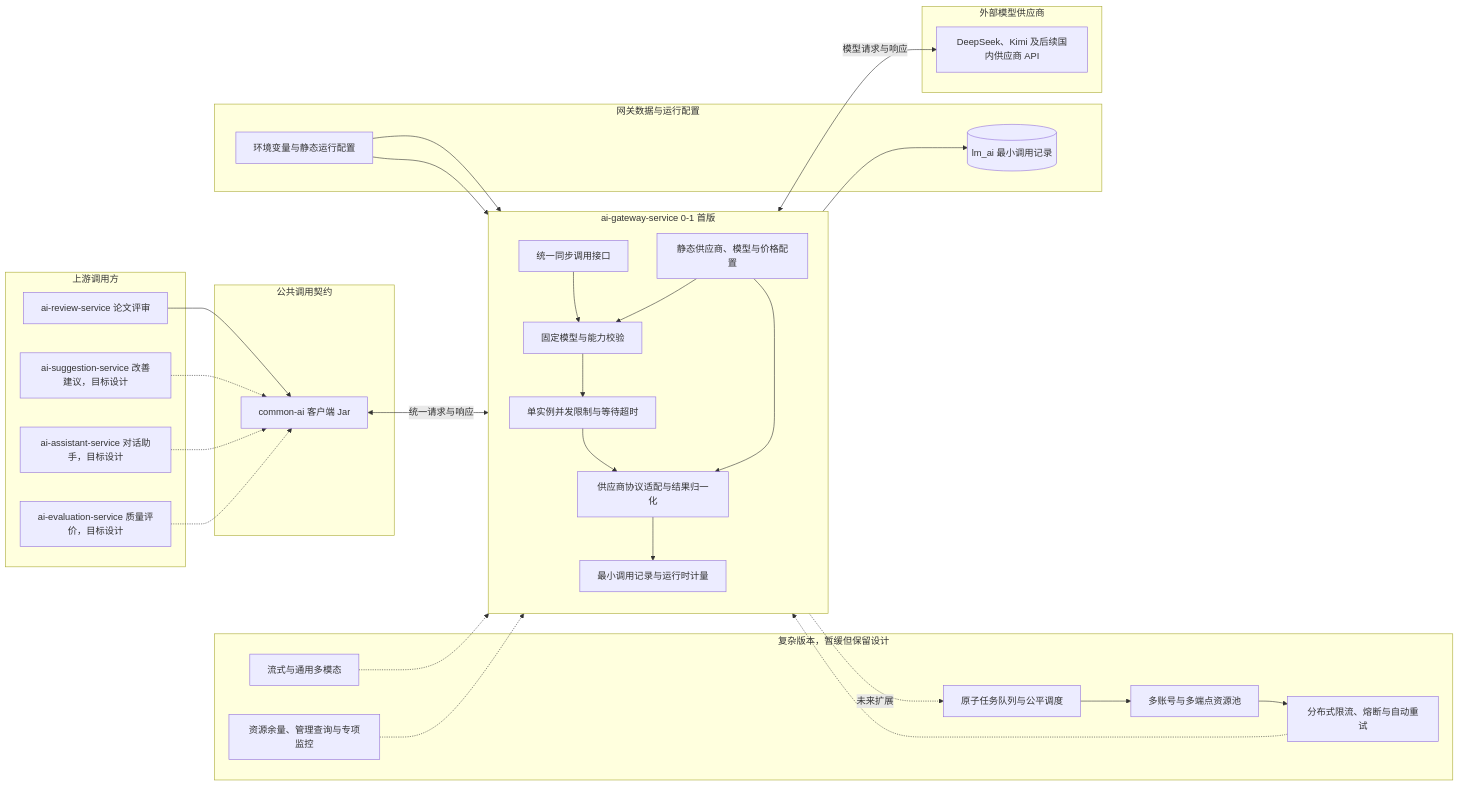
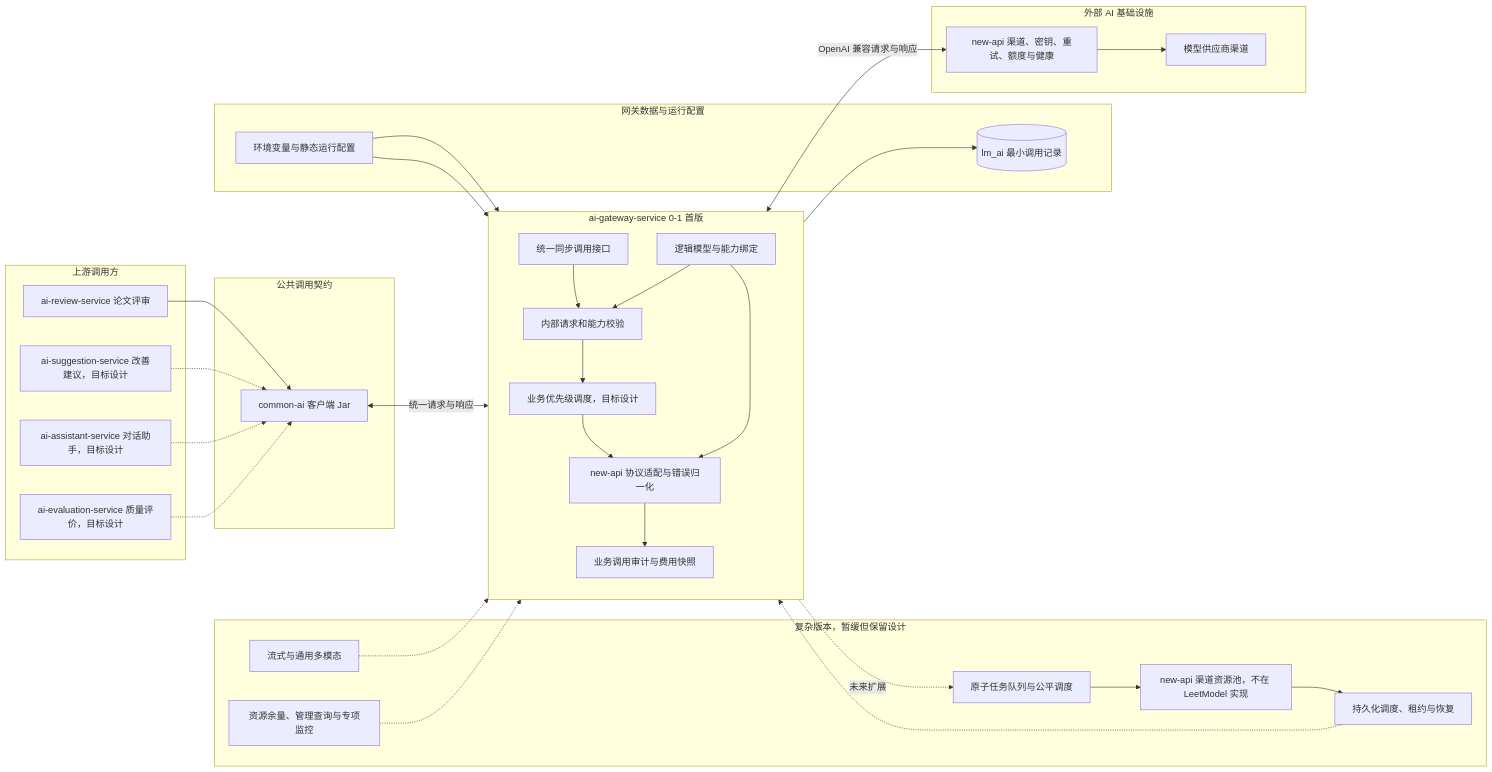
One commit to Dorian7Alden/LeetModel changed the diagram in docs/project/03-微服务设计/ai-gateway-service/README.md. Above: the diagram before and after it, drawn with Mermaid. The commit also changed other lines of this file and 18 other files, not shown here.

````diff
--- a/docs/project/03-微服务设计/ai-gateway-service/README.md
+++ b/docs/project/03-微服务设计/ai-gateway-service/README.md
@@ -19,65 +19,67 @@
 ```mermaid
 flowchart LR
     subgraph callers["上游调用方"]
         reviewService["ai-review-service 论文评审"]
         suggestionService["ai-suggestion-service 改善建议，目标设计"]
         assistantService["ai-assistant-service 对话助手，目标设计"]
         evaluationService["ai-evaluation-service 质量评价，目标设计"]
     end
 
     subgraph clientSdk["公共调用契约"]
         commonAi["common-ai 客户端 Jar"]
     end
 
     subgraph aiGateway["ai-gateway-service 0-1 首版"]
         direction TB
         callApi["统一同步调用接口"]
-        catalog["静态供应商、模型与价格配置"]
-        binding["固定模型与能力校验"]
-        localLimit["单实例并发限制与等待超时"]
-        adapter["供应商协议适配与结果归一化"]
-        metering["最小调用记录与运行时计量"]
+        catalog["逻辑模型与能力绑定"]
+        binding["内部请求和能力校验"]
+        scheduler["业务优先级调度，目标设计"]
+        adapter["new-api 协议适配与错误归一化"]
+        metering["业务调用审计与费用快照"]
 
         callApi --> binding
         catalog --> binding
-        binding --> localLimit
-        localLimit --> adapter
+        binding --> scheduler
+        scheduler --> adapter
         catalog --> adapter
         adapter --> metering
     end
 
     subgraph future["复杂版本，暂缓但保留设计"]
         taskQueue["原子任务队列与公平调度"]
-        resourcePool["多账号与多端点资源池"]
-        advancedStability["分布式限流、熔断与自动重试"]
+        resourcePool["new-api 渠道资源池，不在 LeetModel 实现"]
+        advancedStability["持久化调度、租约与恢复"]
         stream["流式与通用多模态"]
         management["资源余量、管理查询与专项监控"]
 
         taskQueue --> resourcePool
         resourcePool --> advancedStability
     end
 
     subgraph support["网关数据与运行配置"]
         aiDatabase[(lm_ai 最小调用记录)]
         secretConfig["环境变量与静态运行配置"]
     end
 
-    subgraph providers["外部模型供应商"]
-        providerApi["DeepSeek、Kimi 及后续国内供应商 API"]
+    subgraph providers["外部 AI 基础设施"]
+        newApi["new-api 渠道、密钥、重试、额度与健康"]
+        providerApi["模型供应商渠道"]
+        newApi --> providerApi
     end
 
     reviewService --> commonAi
     suggestionService -.-> commonAi
     assistantService -.-> commonAi
     evaluationService -.-> commonAi
     commonAi <-->|"统一请求与响应"| callApi
 
     metering --> aiDatabase
     secretConfig --> catalog
     secretConfig --> adapter
-    adapter <-->|"模型请求与响应"| providerApi
+    adapter <-->|"OpenAI 兼容请求与响应"| newApi
     callApi -.->|"未来扩展"| taskQueue
     advancedStability -.-> adapter
     stream -.-> adapter
     management -.-> metering
 ```
````
